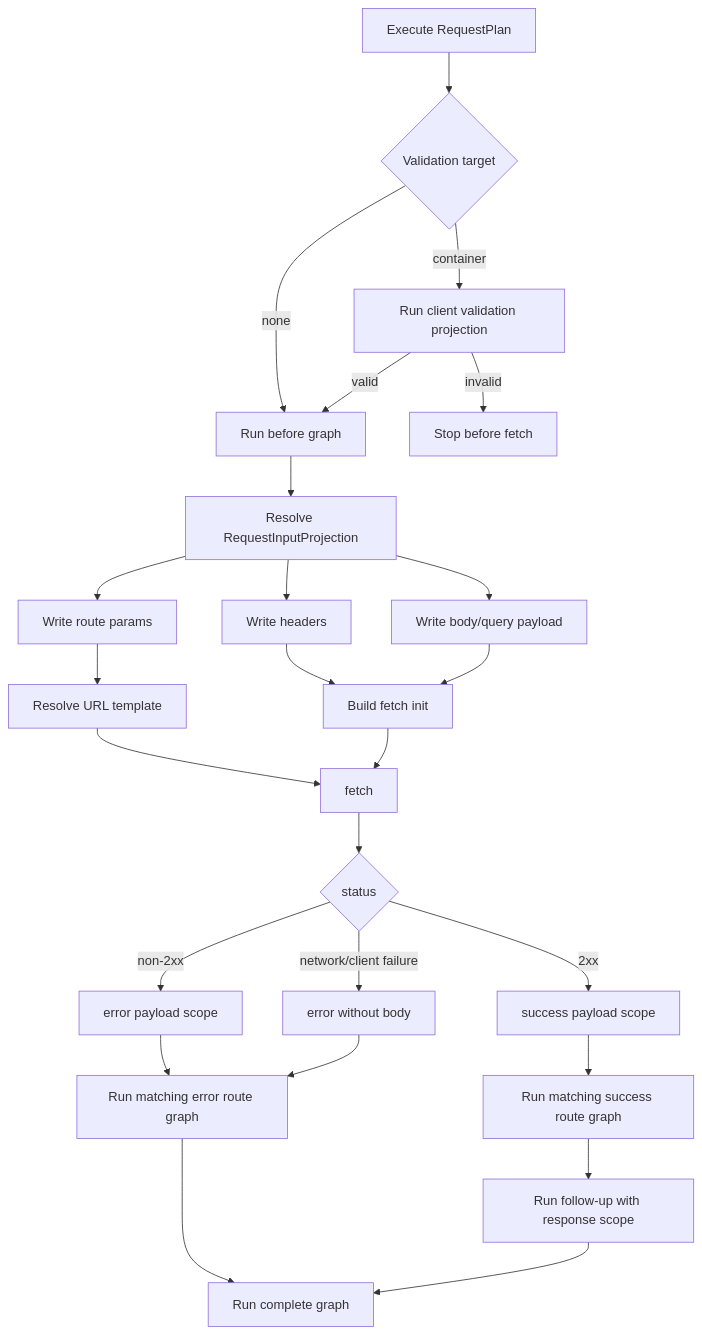
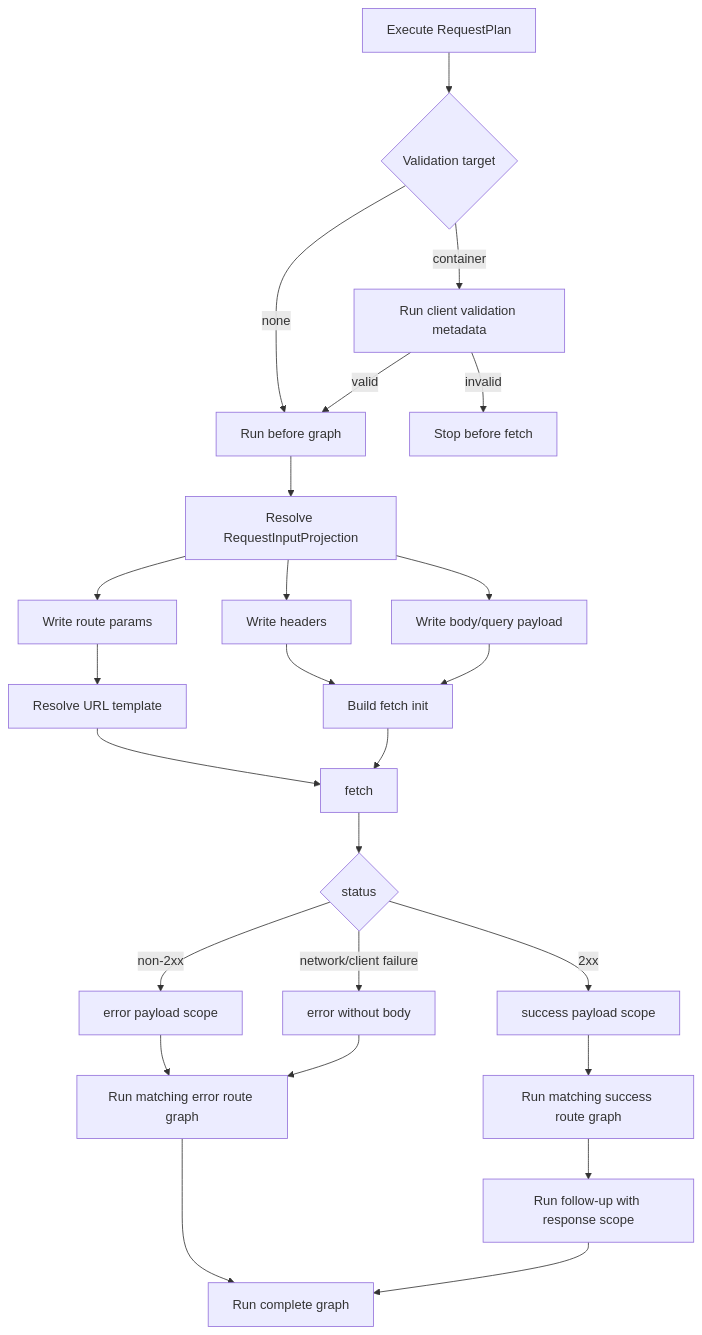
The fourth of 4 diagrams in docs/design/http-gather-response-structured-design.md (marafiq/alis-reactive), drawn with Mermaid before and after one commit. The commit also changed 18 other files, not shown here.

Commit message:
Make client validation metadata DI owned

````diff
--- a/docs/design/http-gather-response-structured-design.md
+++ b/docs/design/http-gather-response-structured-design.md
@@ -147,27 +147,27 @@
 ```mermaid
 flowchart TD
     A[Execute RequestPlan] --> B{Validation target}
     B -->|none| D[Run before graph]
-    B -->|container| C[Run client validation projection]
+    B -->|container| C[Run client validation metadata]
     C -->|invalid| Z[Stop before fetch]
     C -->|valid| D
     D --> E[Resolve RequestInputProjection]
     E --> F[Write route params]
     E --> G[Write headers]
     E --> H[Write body/query payload]
     F --> I[Resolve URL template]
     G --> J[Build fetch init]
     H --> J
     I --> K[fetch]
     J --> K
     K --> L{status}
     L -->|2xx| M[success payload scope]
     L -->|non-2xx| N[error payload scope]
     L -->|network/client failure| O[error without body]
     M --> P[Run matching success route graph]
     N --> Q[Run matching error route graph]
     O --> Q
     P --> R[Run follow-up with response scope]
     Q --> S[Run complete graph]
     R --> S
 ```
````
